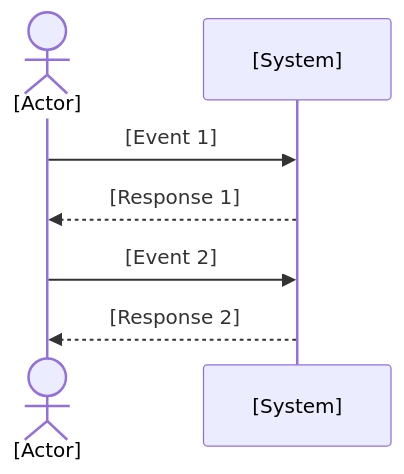
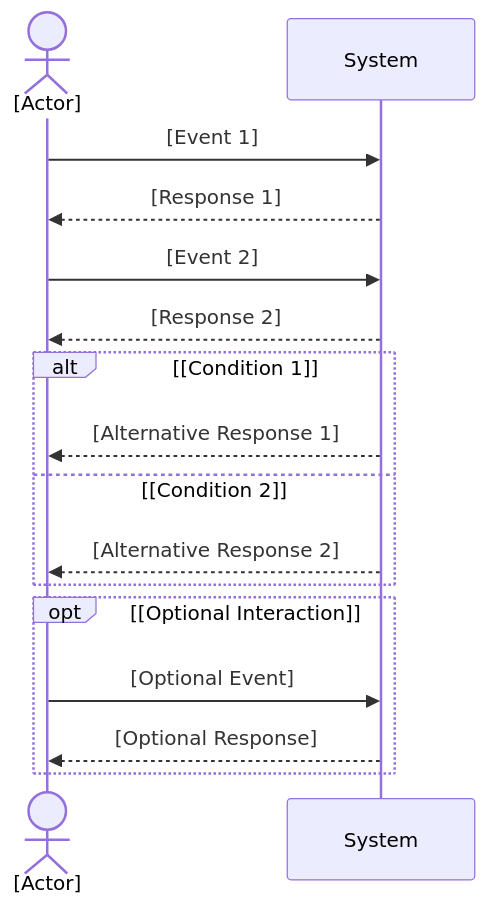
The first of 2 diagrams in .github/instructions/ssd.instructions.md (DMOoF25-Team6/Slottets-Drifttavlen), drawn with Mermaid before and after one commit. The commit also changed other lines of this file and 8 other files, not shown here.

````diff
--- a/.github/instructions/ssd.instructions.md
+++ b/.github/instructions/ssd.instructions.md
@@ -31,9 +32,18 @@
 ```mermaid
 sequenceDiagram
     actor [Actor]
-    participant [System]
-    [Actor] ->> [System]: [Event 1]
-    [System] -->> [Actor]: [Response 1]
-    [Actor] ->> [System]: [Event 2]
-    [System] -->> [Actor]: [Response 2]
+    participant System
+    [Actor] ->> System: [Event 1]
+    System -->> [Actor]: [Response 1]
+    [Actor] ->> System: [Event 2]
+    System -->> [Actor]: [Response 2]
+    alt [Condition 1]
+        System -->> [Actor]: [Alternative Response 1]
+    else [Condition 2]
+        System -->> [Actor]: [Alternative Response 2]
+    end
+    opt [Optional Interaction]
+        [Actor] ->> System: [Optional Event]
+        System -->> [Actor]: [Optional Response]
+    end
 ```
````
